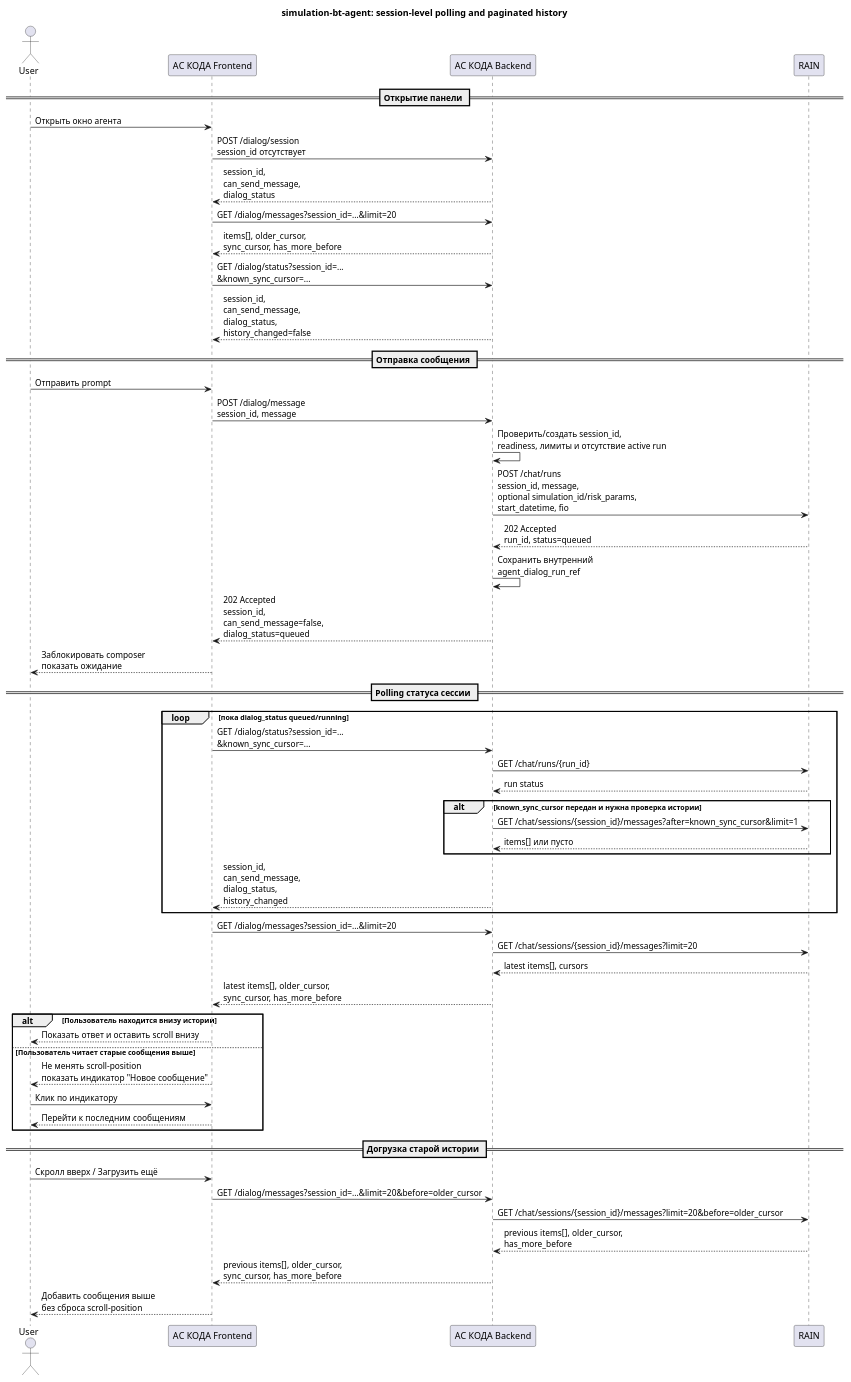
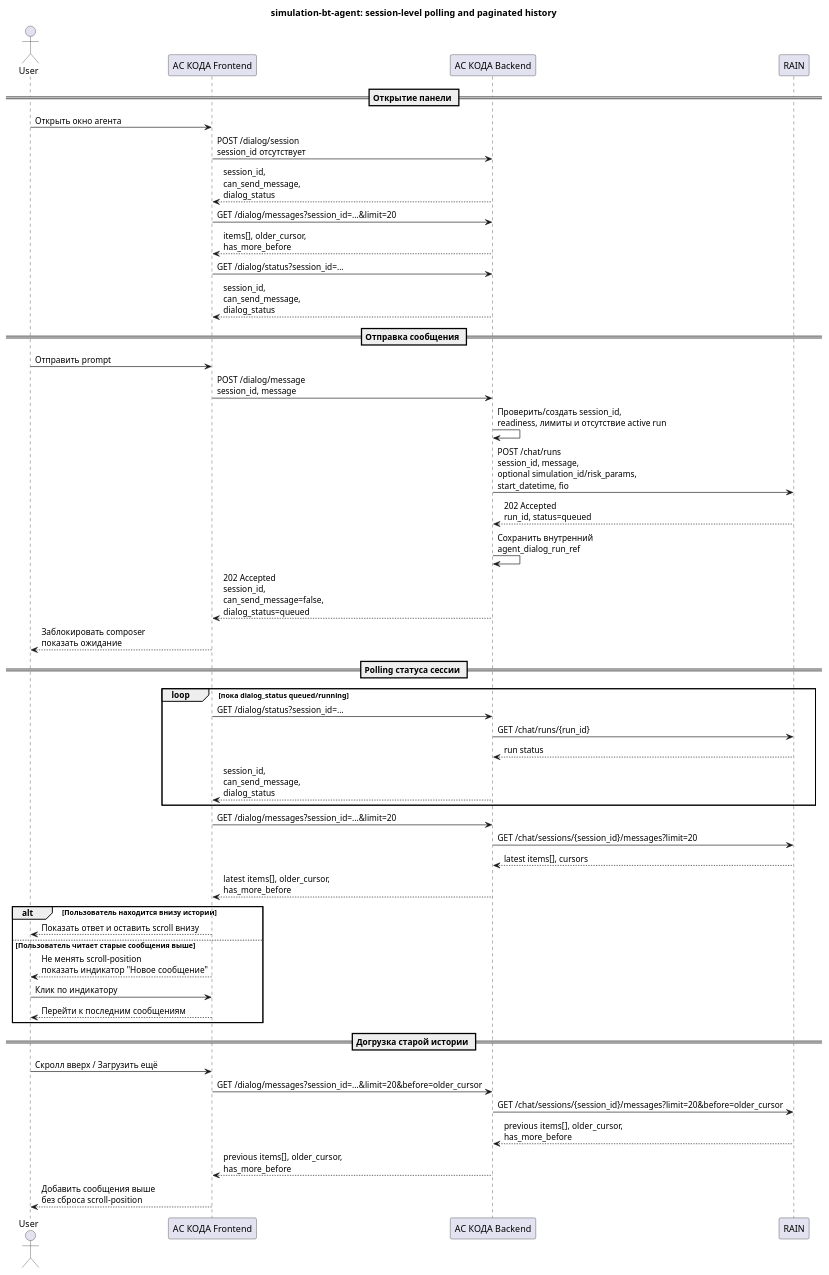
The diagram in features/simulation-bt-agent/requirements.md (shuhart75/changeswork-copy), drawn with PlantUML before and after one commit. The commit also changed other lines of this file and 14 other files, not shown here.

````diff
--- a/features/simulation-bt-agent/requirements.md
+++ b/features/simulation-bt-agent/requirements.md
@@ -196,61 +817,57 @@
 ```plantuml
 @startuml
 title simulation-bt-agent: session-level polling and paginated history
 
 actor User as U
 participant "АС КОДА Frontend" as FE
 participant "АС КОДА Backend" as BE
 participant "RAIN" as RAIN
 
 == Открытие панели ==
 U -> FE: Открыть окно агента
 FE -> BE: POST /dialog/session\nsession_id отсутствует
 BE --> FE: session_id,\ncan_send_message,\ndialog_status
 FE -> BE: GET /dialog/messages?session_id=...&limit=20
-BE --> FE: items[], older_cursor,\nsync_cursor, has_more_before
-FE -> BE: GET /dialog/status?session_id=...\n&known_sync_cursor=...
-BE --> FE: session_id,\ncan_send_message,\ndialog_status,\nhistory_changed=false
+BE --> FE: items[], older_cursor,\nhas_more_before
+FE -> BE: GET /dialog/status?session_id=...
+BE --> FE: session_id,\ncan_send_message,\ndialog_status
 
 == Отправка сообщения ==
 U -> FE: Отправить prompt
 FE -> BE: POST /dialog/message\nsession_id, message
 BE -> BE: Проверить/создать session_id,\nreadiness, лимиты и отсутствие active run
 BE -> RAIN: POST /chat/runs\nsession_id, message,\noptional simulation_id/risk_params,\nstart_datetime, fio
 RAIN --> BE: 202 Accepted\nrun_id, status=queued
 BE -> BE: Сохранить внутренний\nagent_dialog_run_ref
 BE --> FE: 202 Accepted\nsession_id,\ncan_send_message=false,\ndialog_status=queued
 FE --> U: Заблокировать composer\nпоказать ожидание
 
 == Polling статуса сессии ==
 loop пока dialog_status queued/running
-  FE -> BE: GET /dialog/status?session_id=...\n&known_sync_cursor=...
+  FE -> BE: GET /dialog/status?session_id=...
   BE -> RAIN: GET /chat/runs/{run_id}
   RAIN --> BE: run status
-  alt known_sync_cursor передан и нужна проверка истории
-    BE -> RAIN: GET /chat/sessions/{session_id}/messages?after=known_sync_cursor&limit=1
-    RAIN --> BE: items[] или пусто
-  end
-  BE --> FE: session_id,\ncan_send_message,\ndialog_status,\nhistory_changed
+  BE --> FE: session_id,\ncan_send_message,\ndialog_status
 end
 
 FE -> BE: GET /dialog/messages?session_id=...&limit=20
 BE -> RAIN: GET /chat/sessions/{session_id}/messages?limit=20
 RAIN --> BE: latest items[], cursors
-BE --> FE: latest items[], older_cursor,\nsync_cursor, has_more_before
+BE --> FE: latest items[], older_cursor,\nhas_more_before
 alt Пользователь находится внизу истории
   FE --> U: Показать ответ и оставить scroll внизу
 else Пользователь читает старые сообщения выше
   FE --> U: Не менять scroll-position\nпоказать индикатор "Новое сообщение"
   U -> FE: Клик по индикатору
   FE --> U: Перейти к последним сообщениям
 end
 
 == Догрузка старой истории ==
 U -> FE: Скролл вверх / Загрузить ещё
 FE -> BE: GET /dialog/messages?session_id=...&limit=20&before=older_cursor
 BE -> RAIN: GET /chat/sessions/{session_id}/messages?limit=20&before=older_cursor
 RAIN --> BE: previous items[], older_cursor,\nhas_more_before
-BE --> FE: previous items[], older_cursor,\nsync_cursor, has_more_before
+BE --> FE: previous items[], older_cursor,\nhas_more_before
 FE --> U: Добавить сообщения выше\nбез сброса scroll-position
 @enduml
 ```
````
